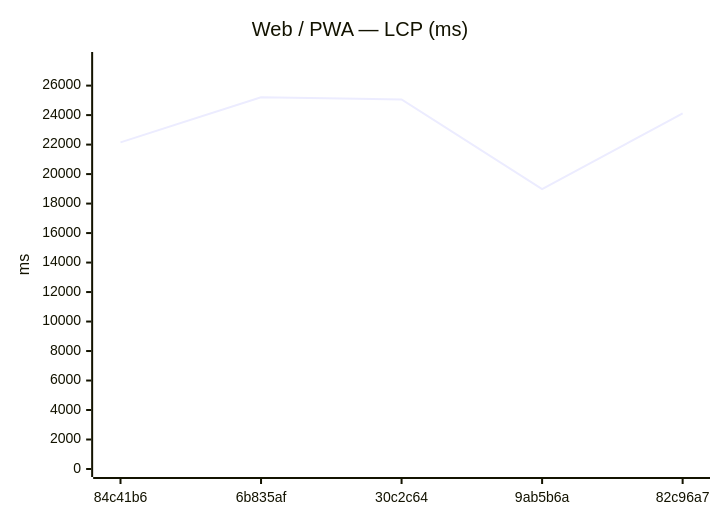
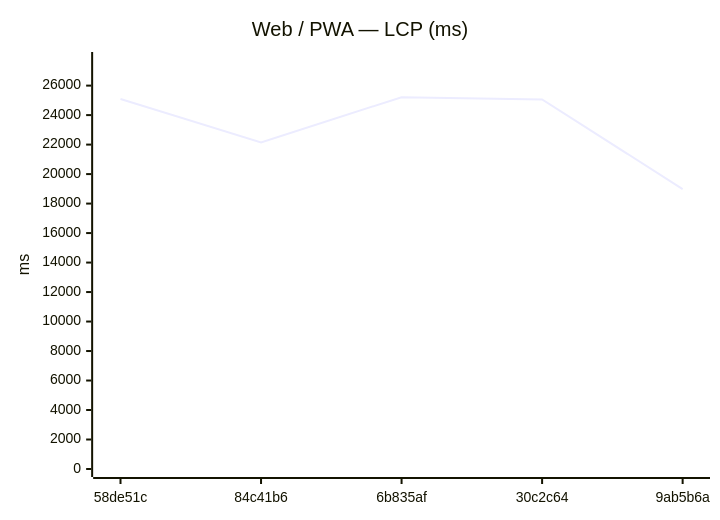
One commit to Metaheurist/Rianell changed the fifth of 12 diagrams in benchmarks/compare.md. Above: the diagram before and after it, drawn with Mermaid. The commit also changed other lines of this file and 8 other files, not shown here.

````diff
--- a/benchmarks/compare.md
+++ b/benchmarks/compare.md
@@ -82,7 +82,7 @@
 ```mermaid
 xychart-beta
     title "Web / PWA — LCP (ms)"
-    x-axis ["84c41b6", "6b835af", "30c2c64", "9ab5b6a", "82c96a7"]
+    x-axis ["58de51c", "84c41b6", "6b835af", "30c2c64", "9ab5b6a"]
     y-axis "ms" 0 --> 27737
-    line [22152, 25215, 25064, 18985, 24113]
+    line [25092, 22152, 25215, 25064, 18985]
 ```
````
